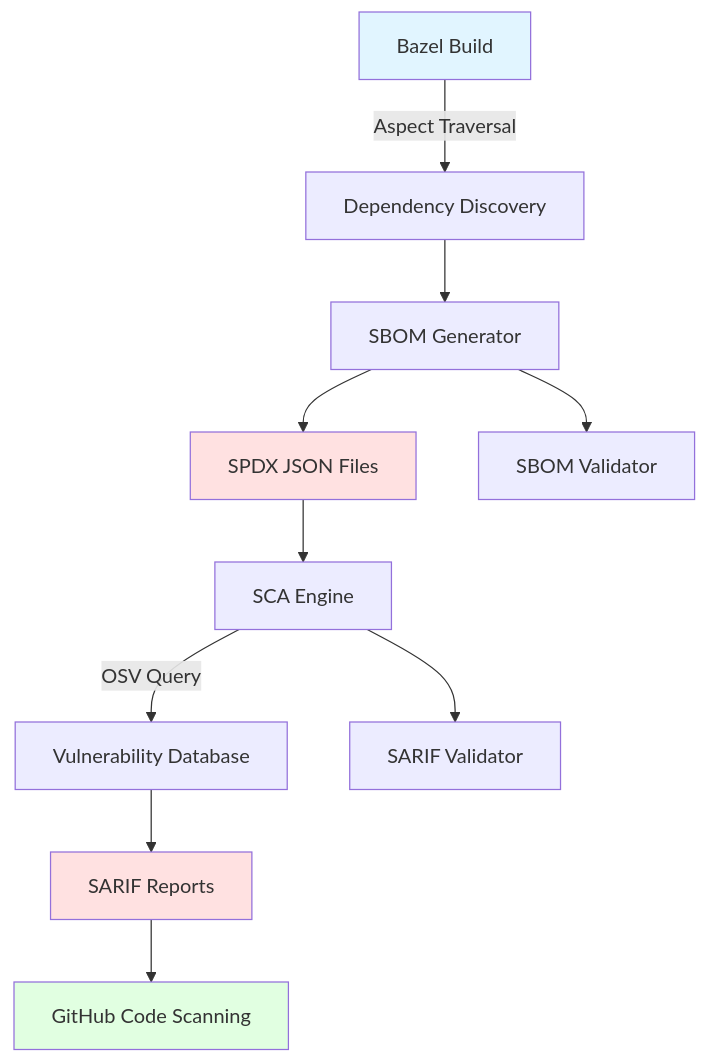
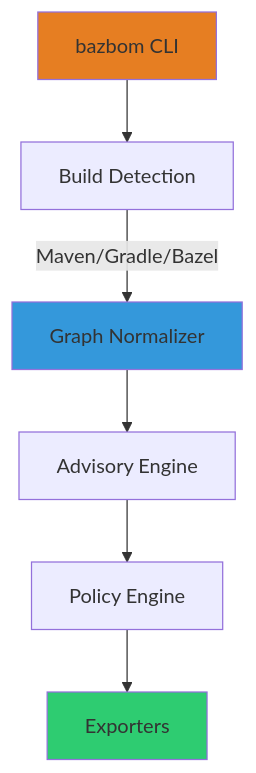
The diagram in docs/diagrams/architecture.mmd (cboyd0319/BazBOM), drawn with Mermaid before and after one commit. The commit also changed 6 other files, not shown here.

```diff
--- a/docs/diagrams/architecture.mmd
+++ b/docs/diagrams/architecture.mmd
@@ -1,16 +1,17 @@
-graph TD
-    A[Bazel Build] -->|Aspect Traversal| B[Dependency Discovery]
-    B --> C[SBOM Generator]
-    C --> D[SPDX JSON Files]
-    D --> E[SCA Engine]
-    E -->|OSV Query| F[Vulnerability Database]
-    F --> G[SARIF Reports]
-    G --> H[GitHub Code Scanning]
+flowchart TD
+    A[bazbom CLI]
+    B[Build Detection]
+    C[Graph Normalizer]
+    D[Advisory Engine]
+    E[Policy Engine]
+    F[Exporters]
     
-    C --> I[SBOM Validator]
-    E --> J[SARIF Validator]
+    A --> B
+    B -->|Maven/Gradle/Bazel| C
+    C --> D
+    D --> E
+    E --> F
     
-    style A fill:#e1f5ff
-    style D fill:#ffe1e1
-    style G fill:#ffe1e1
-    style H fill:#e1ffe1
+    style A fill:#e67e22
+    style C fill:#3498db
+    style F fill:#2ecc71
```
